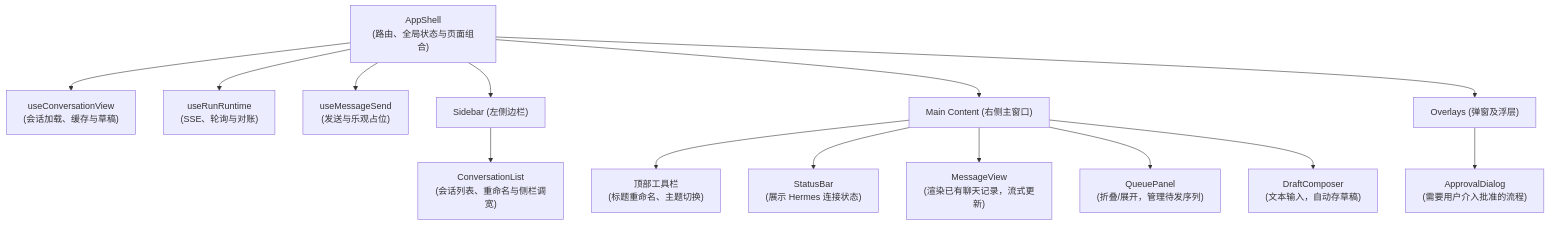
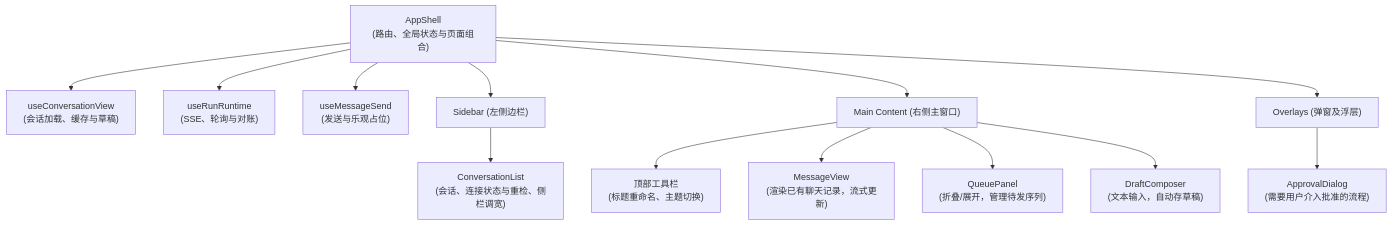
The third of 3 diagrams in docs/01-architecture.md (ermu03/emu-chat), drawn with Mermaid before and after one commit. The commit also changed other lines of this file and 10 other files, not shown here.

Commit message:
refactor(client): move Hermes status recovery to sidebar.

````diff
--- a/docs/01-architecture.md
+++ b/docs/01-architecture.md
@@ -148,28 +148,27 @@
 ```mermaid
 flowchart TD
     AppShell["AppShell<br/>(路由、全局状态与页面组合)"]
     View["useConversationView<br/>(会话加载、缓存与草稿)"]
     Runtime["useRunRuntime<br/>(SSE、轮询与对账)"]
     Send["useMessageSend<br/>(发送与乐观占位)"]
     
     Sidebar["Sidebar (左侧边栏)"]
     Main["Main Content (右侧主窗口)"]
     Overlay["Overlays (弹窗及浮层)"]
     
     AppShell --> Sidebar
     AppShell --> Main
     AppShell --> Overlay
     AppShell --> View
     AppShell --> Runtime
     AppShell --> Send
     
-    Sidebar --> ConversationList["ConversationList<br/>(会话列表、重命名与侧栏调宽)"]
+    Sidebar --> ConversationList["ConversationList<br/>(会话、连接状态与重检、侧栏调宽)"]
     Main --> Toolbar["顶部工具栏<br/>(标题重命名、主题切换)"]
-    Main --> StatusBar["StatusBar<br/>(展示 Hermes 连接状态)"]
     
     Main --> MessageView["MessageView<br/>(渲染已有聊天记录，流式更新)"]
     Main --> QueuePanel["QueuePanel<br/>(折叠/展开，管理待发序列)"]
     Main --> DraftComposer["DraftComposer<br/>(文本输入，自动存草稿)"]
     
     Overlay --> ApprovalDialog["ApprovalDialog<br/>(需要用户介入批准的流程)"]
 ```
````
